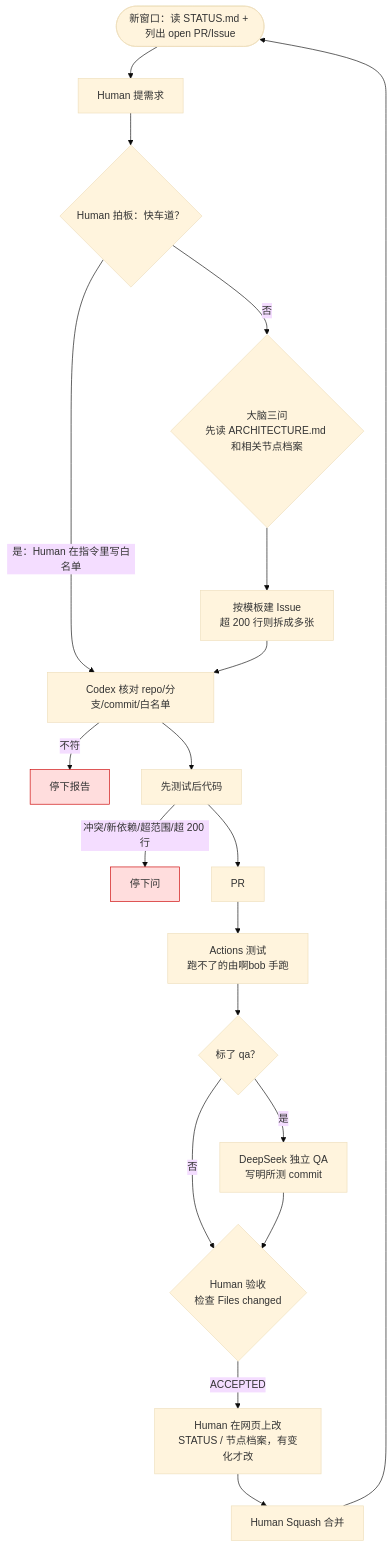
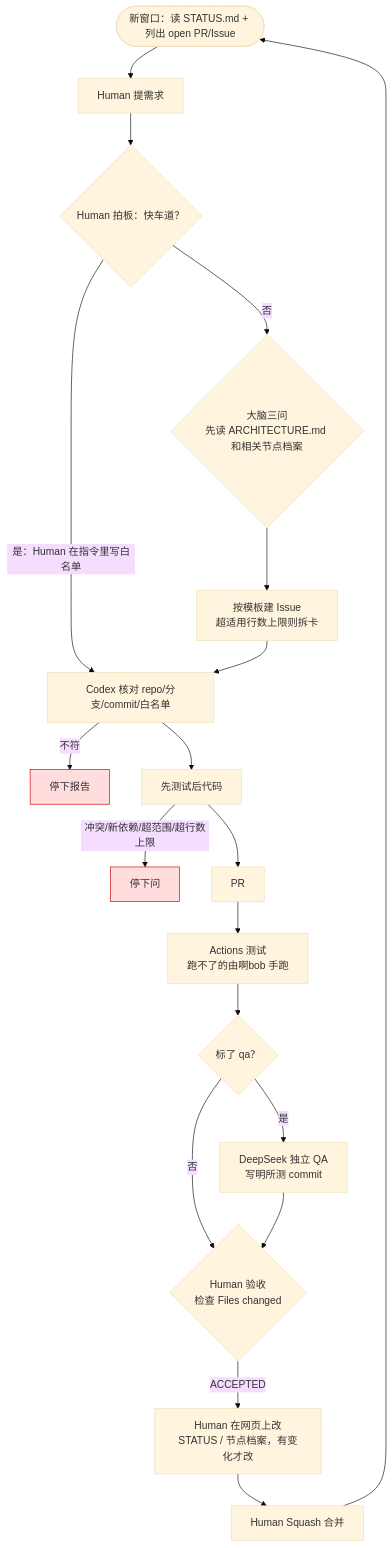
Before and after one commit to zwmhua/Solo-Flow: the diagram in WORKFLOW.md, drawn with Mermaid (base theme). The commit also changed other lines of this file and 3 other files, not shown here.

````diff
--- a/WORKFLOW.md
+++ b/WORKFLOW.md
@@ -35,24 +46,24 @@
 ```mermaid
 flowchart TD
     S([新窗口：读 STATUS.md + 列出 open PR/Issue]) --> A[Human 提需求]
     A --> FAST{Human 拍板：快车道？}
     FAST -->|是：Human 在指令里写白名单| G
     FAST -->|否| B{大脑三问<br>先读 ARCHITECTURE.md 和相关节点档案}
-    B --> E[按模板建 Issue<br>超 200 行则拆成多张]
+    B --> E[按模板建 Issue<br>超适用行数上限则拆卡]
     E --> G[Codex 核对 repo/分支/commit/白名单]
     G -->|不符| X1[停下报告]
     G --> H[先测试后代码]
-    H -->|冲突/新依赖/超范围/超 200 行| X2[停下问]
+    H -->|冲突/新依赖/超范围/超行数上限| X2[停下问]
     H --> P[PR]
     P --> T[Actions 测试<br>跑不了的由啊bob 手跑]
     T --> Q{标了 qa？}
     Q -->|否| V
     Q -->|是| L[DeepSeek 独立 QA<br>写明所测 commit]
     L --> V{Human 验收<br>检查 Files changed}
     V -->|ACCEPTED| W[Human 在网页上改<br>STATUS / 节点档案，有变化才改]
     W --> M[Human Squash 合并]
     M --> S
 
     classDef stop fill:#fdd,stroke:#c00
     class X1,X2 stop
 ```
````
